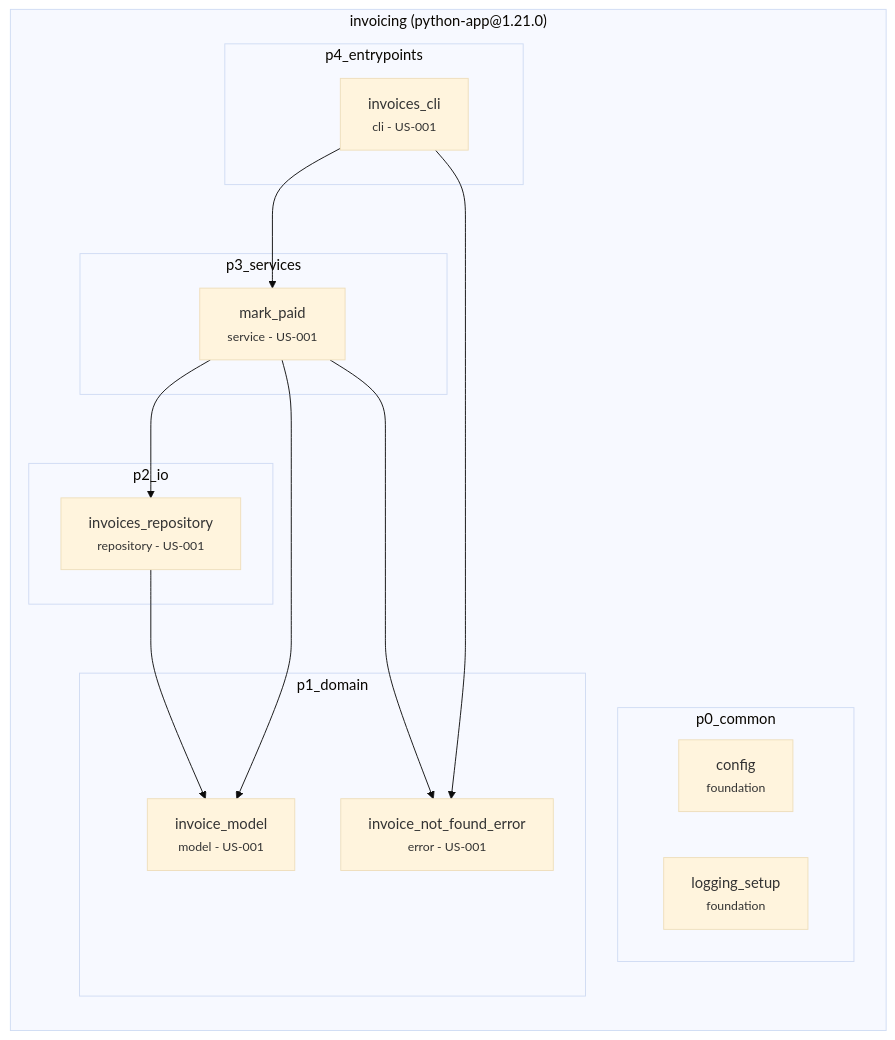
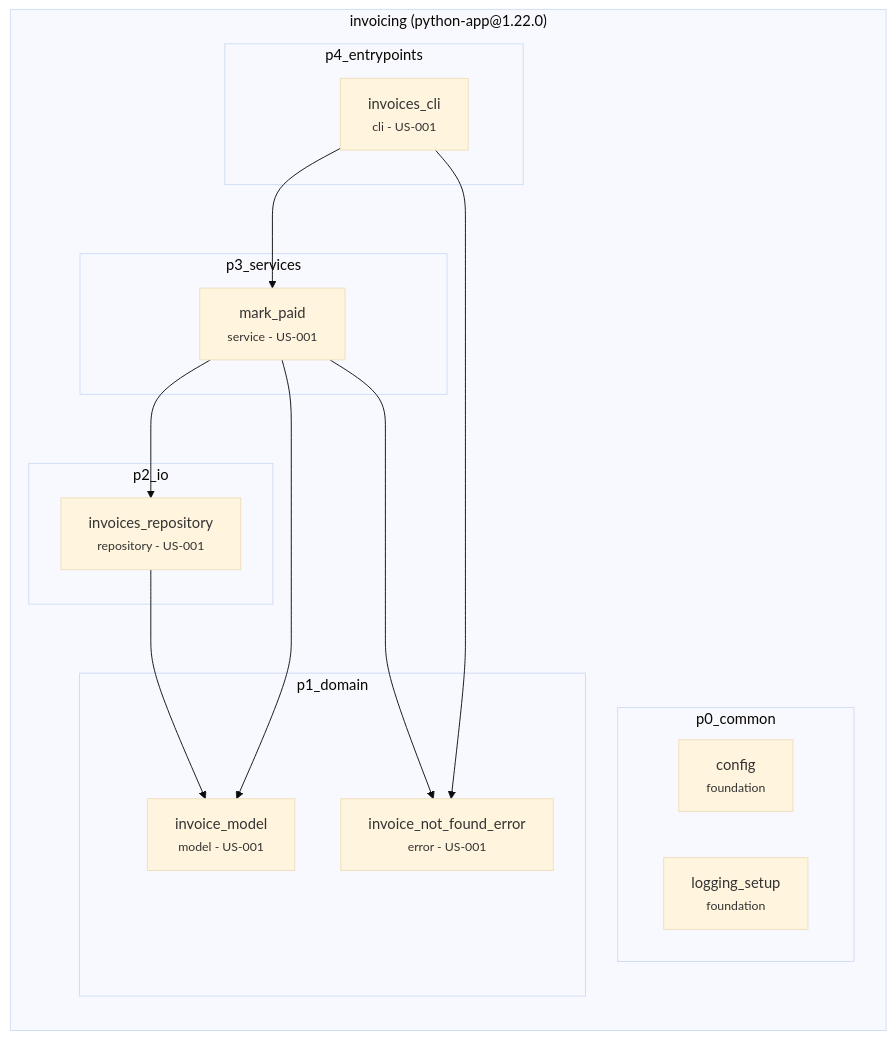
The diagram in contract/archvow/examples/python-app/.archvow/spec.md (archvow/archvow-plugin), drawn with Mermaid (base theme) before and after one commit. The commit also changed other lines of this file and 87 other files, not shown here.

````diff
--- a/contract/archvow/examples/python-app/.archvow/spec.md
+++ b/contract/archvow/examples/python-app/.archvow/spec.md
@@ -11,30 +11,30 @@
 ```mermaid
 flowchart TB
-  subgraph invoicing["invoicing (python-app@1.21.0)"]
+  subgraph invoicing["invoicing (python-app@1.22.0)"]
     direction TB
     subgraph invoicing__p0_common["p0_common"]
       invoicing__config["config<br/><small>foundation</small>"]
       invoicing__logging_setup["logging_setup<br/><small>foundation</small>"]
     end
     subgraph invoicing__p1_domain["p1_domain"]
       invoicing__invoice_model["invoice_model<br/><small>model - US-001</small>"]
       invoicing__invoice_not_found_error["invoice_not_found_error<br/><small>error - US-001</small>"]
     end
     subgraph invoicing__p2_io["p2_io"]
       invoicing__invoices_repository["invoices_repository<br/><small>repository - US-001</small>"]
     end
     subgraph invoicing__p3_services["p3_services"]
       invoicing__mark_paid["mark_paid<br/><small>service - US-001</small>"]
     end
     subgraph invoicing__p4_entrypoints["p4_entrypoints"]
       invoicing__invoices_cli["invoices_cli<br/><small>cli - US-001</small>"]
     end
   end
   invoicing__invoices_repository --> invoicing__invoice_model
   invoicing__mark_paid --> invoicing__invoice_model
   invoicing__mark_paid --> invoicing__invoice_not_found_error
   invoicing__mark_paid --> invoicing__invoices_repository
   invoicing__invoices_cli --> invoicing__mark_paid
   invoicing__invoices_cli --> invoicing__invoice_not_found_error
   classDef empty fill:none,stroke:none
 ```
````
